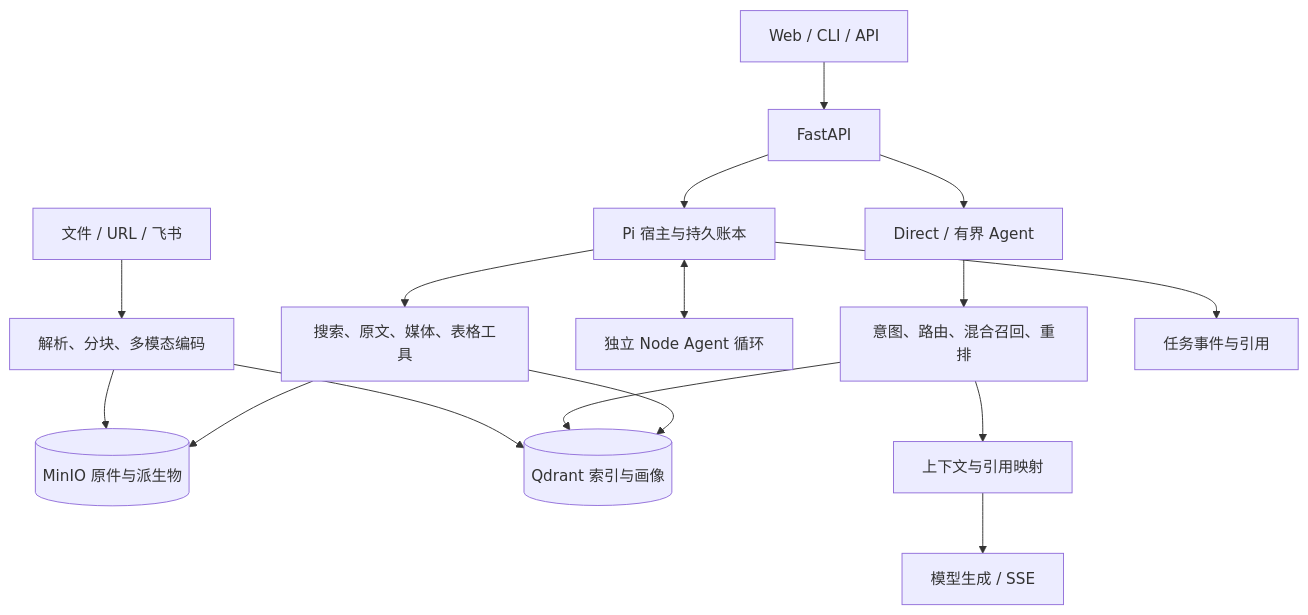
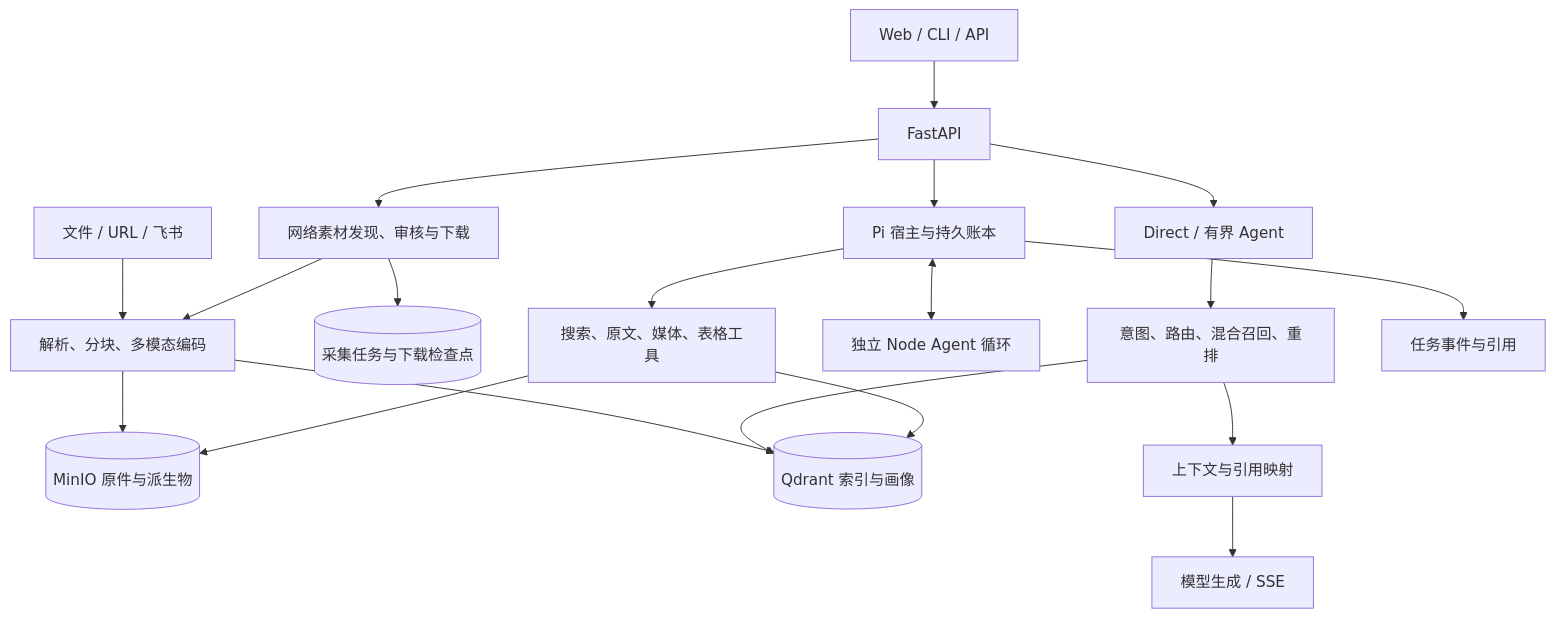
The diagram in docs/MMA_ARCHITECTURE.md (Champ-X/MMA-RAG), drawn with Mermaid before and after one commit. The commit also changed other lines of this file and 24 other files, not shown here.

````diff
--- a/docs/MMA_ARCHITECTURE.md
+++ b/docs/MMA_ARCHITECTURE.md
@@ -7,18 +7,21 @@
 ```mermaid
 flowchart TB
   Sources[文件 / URL / 飞书] --> Ingestion[解析、分块、多模态编码]
   Ingestion --> MinIO[(MinIO 原件与派生物)]
   Ingestion --> Qdrant[(Qdrant 索引与画像)]
   Web[Web / CLI / API] --> API[FastAPI]
+  API --> Collection[网络素材发现、审核与下载]
+  Collection --> Ingestion
+  Collection --> CollectionState[(采集任务与下载检查点)]
   API --> Standard[Direct / 有界 Agent]
   Standard --> Retrieval[意图、路由、混合召回、重排]
   Retrieval --> Qdrant
   Retrieval --> Context[上下文与引用映射]
   Context --> Generation[模型生成 / SSE]
   API --> Host[Pi 宿主与持久账本]
   Host <--> Pi[独立 Node Agent 循环]
   Host --> Tools[搜索、原文、媒体、表格工具]
   Tools --> Qdrant
   Tools --> MinIO
   Host --> Events[任务事件与引用]
 ```
````
